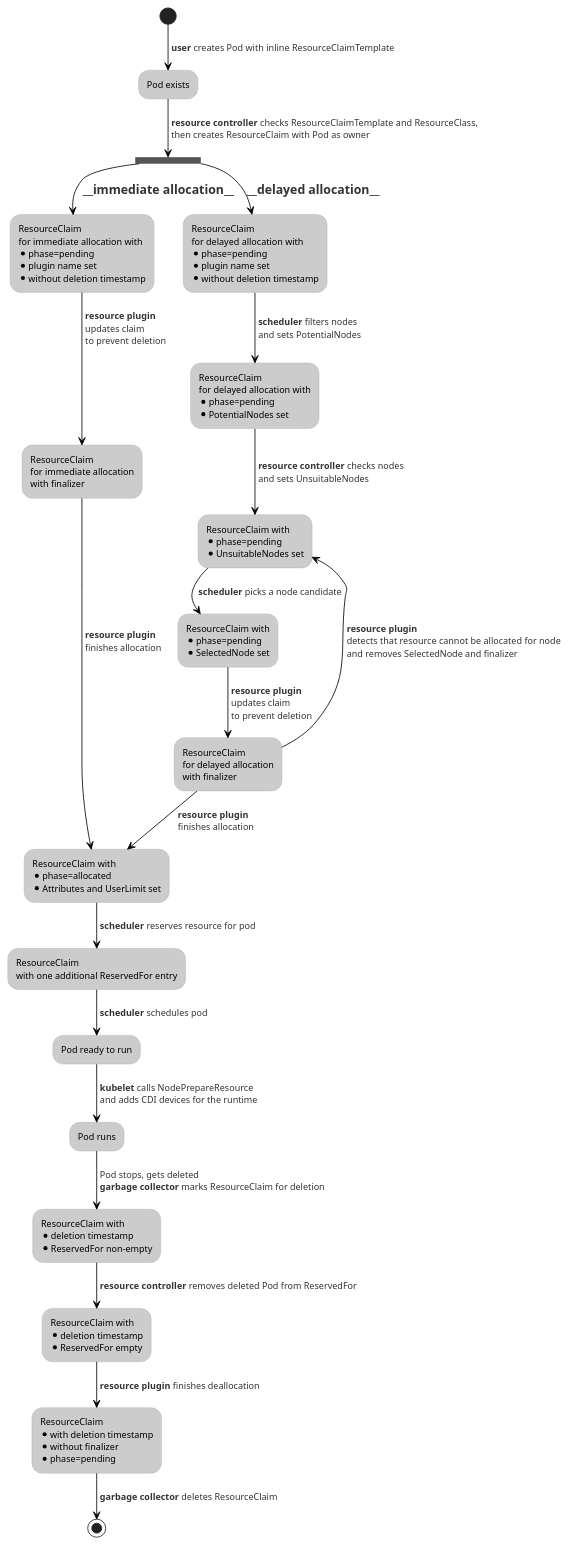
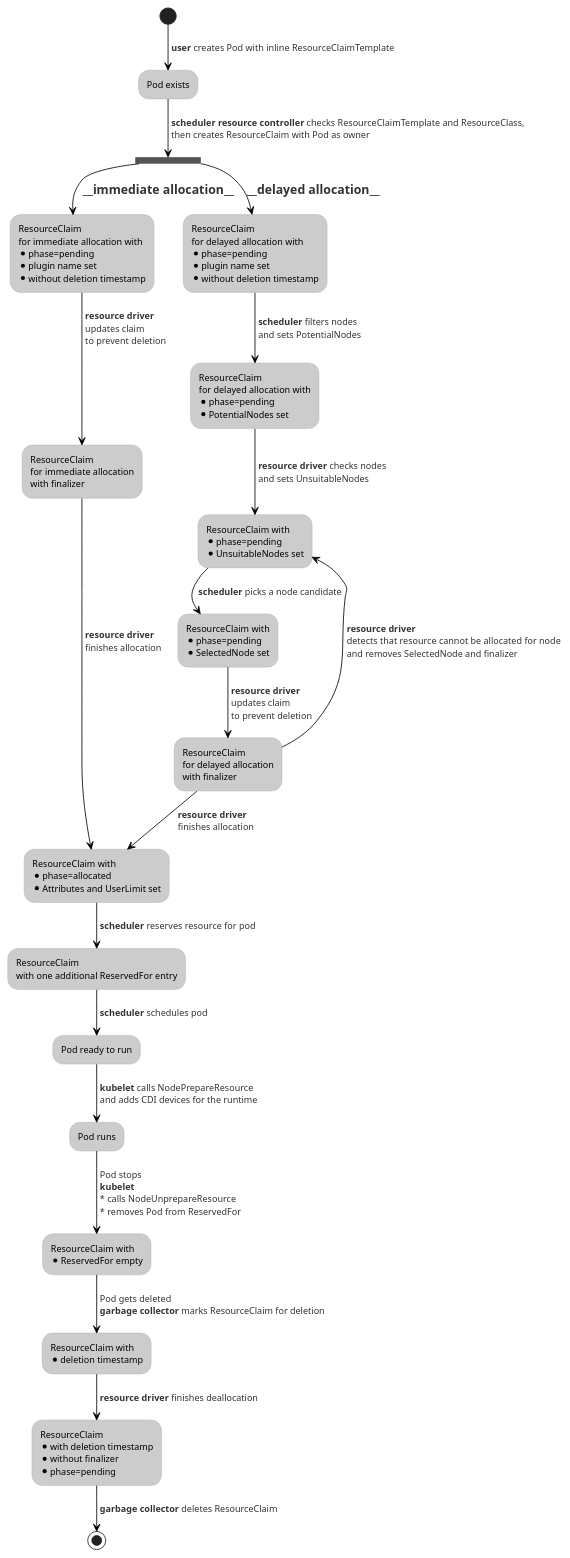
One commit to kubernetes/enhancements changed the diagram in keps/sig-node/3063-dynamic-resource-allocation/allocation.puml. Above: the diagram before and after it, drawn with PlantUML. The commit also changed 4 other files, not shown here.

Commit message:
dynamic resource allocation: rename "resource plugin" -> "resource driver"

```diff
--- a/keps/sig-node/3063-dynamic-resource-allocation/allocation.puml
+++ b/keps/sig-node/3063-dynamic-resource-allocation/allocation.puml
@@ -1,28 +1,28 @@
 @startuml
 !theme reddress-lightblue
 
 (*) -->[ **user** creates Pod with inline ResourceClaimTemplate ] "Pod exists"
--->[ **resource controller** checks ResourceClaimTemplate and ResourceClass,\l then creates ResourceClaim with Pod as owner ] ==B1==
+-->[ **scheduler resource controller** checks ResourceClaimTemplate and ResourceClass,\l then creates ResourceClaim with Pod as owner ] ==B1==
 
 ==B1== -->[= __immediate allocation__] "ResourceClaim\lfor immediate allocation with\l* phase=pending\l* plugin name set\l* without deletion timestamp"
-  -->[ **resource plugin**\l updates claim\l to prevent deletion] "ResourceClaim\lfor immediate allocation\lwith finalizer"
-  -->[ **resource plugin**\l finishes allocation] "ResourceClaim with\l* phase=allocated\n* Attributes and UserLimit set" as ALLOCATED
+  -->[ **resource driver**\l updates claim\l to prevent deletion] "ResourceClaim\lfor immediate allocation\lwith finalizer"
+  -->[ **resource driver**\l finishes allocation] "ResourceClaim with\l* phase=allocated\n* Attributes and UserLimit set" as ALLOCATED
 
 
 ==B1== -->[= __delayed allocation__] "ResourceClaim\lfor delayed allocation with\l* phase=pending\l* plugin name set\l* without deletion timestamp"
   -->[ **scheduler** filters nodes\l and sets PotentialNodes ] "ResourceClaim\lfor delayed allocation with\l* phase=pending\l* PotentialNodes set"
-  -->[ **resource controller** checks nodes\l and sets UnsuitableNodes] "ResourceClaim with\l* phase=pending\l* UnsuitableNodes set" as READY_FOR_SCHEDULING
+  -->[ **resource driver** checks nodes\l and sets UnsuitableNodes] "ResourceClaim with\l* phase=pending\l* UnsuitableNodes set" as READY_FOR_SCHEDULING
   -->[ **scheduler** picks a node candidate ] "ResourceClaim with\l* phase=pending\l* SelectedNode set"
-  -->[ **resource plugin**\l updates claim\l to prevent deletion] "ResourceClaim\lfor delayed allocation\lwith finalizer" as ALLOCATING
-  -->[ **resource plugin**\l finishes allocation ] ALLOCATED
+  -->[ **resource driver**\l updates claim\l to prevent deletion] "ResourceClaim\lfor delayed allocation\lwith finalizer" as ALLOCATING
+  -->[ **resource driver**\l finishes allocation ] ALLOCATED
 
-  ALLOCATING -->[ **resource plugin**\l detects that resource cannot be allocated for node\n and removes SelectedNode and finalizer ] READY_FOR_SCHEDULING
+  ALLOCATING -->[ **resource driver**\l detects that resource cannot be allocated for node\n and removes SelectedNode and finalizer ] READY_FOR_SCHEDULING
 
 ALLOCATED -->[ **scheduler** reserves resource for pod ]  "ResourceClaim\lwith one additional ReservedFor entry"
 -->[ **scheduler** schedules pod ] "Pod ready to run"
 -->[ **kubelet** calls NodePrepareResource\l and adds CDI devices for the runtime ] "Pod runs"
--->[ Pod stops, gets deleted\l **garbage collector** marks ResourceClaim for deletion ] "ResourceClaim with\l* deletion timestamp\l* ReservedFor non-empty"
--->[ **resource controller** removes deleted Pod from ReservedFor ] "ResourceClaim with\l* deletion timestamp\l* ReservedFor empty"
--->[ **resource plugin** finishes deallocation ] "ResourceClaim\l* with deletion timestamp\l* without finalizer\l* phase=pending"
+-->[ Pod stops\l **kubelet**\l * calls NodeUnprepareResource\l * removes Pod from ReservedFor] "ResourceClaim with\l* ReservedFor empty"
+-->[ Pod gets deleted\l **garbage collector** marks ResourceClaim for deletion ] "ResourceClaim with\l* deletion timestamp"
+-->[ **resource driver** finishes deallocation ] "ResourceClaim\l* with deletion timestamp\l* without finalizer\l* phase=pending"
 -->[ **garbage collector** deletes ResourceClaim ] (*)
 @enduml
```
